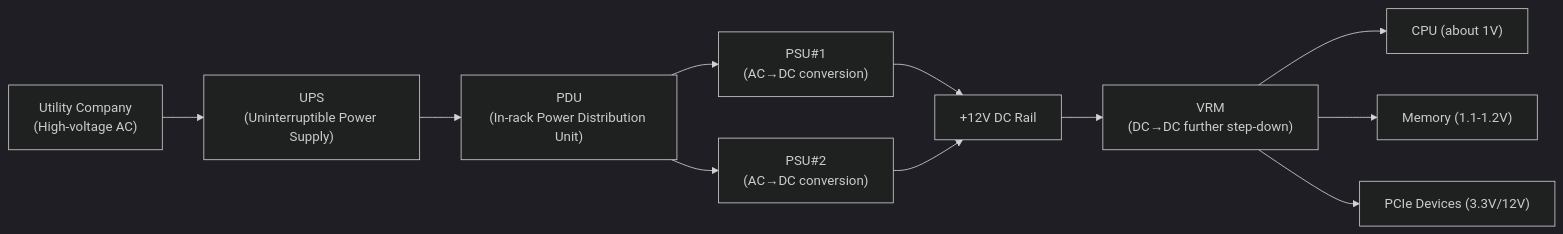
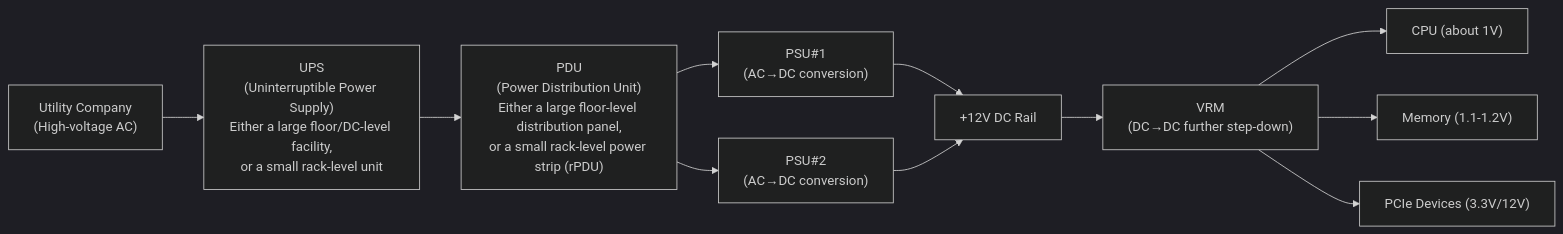
The first of 3 diagrams in src/content/articles-en/idrac-power-guide.md (koikoi1998/koikoi-blog-20260723), drawn with Mermaid (dark theme) before and after one commit. The commit also changed other lines of this file and 1 other file, not shown here.

````diff
--- a/src/content/articles-en/idrac-power-guide.md
+++ b/src/content/articles-en/idrac-power-guide.md
@@ -37,13 +37,13 @@
 ```mermaid
 graph LR
-    Utility["Utility Company<br/>(High-voltage AC)"] --> UPS["UPS<br/>(Uninterruptible Power Supply)"]
-    UPS --> PDU["PDU<br/>(In-rack Power Distribution Unit)"]
+    Utility["Utility Company<br/>(High-voltage AC)"] --> UPS["UPS<br/>(Uninterruptible Power Supply)<br/>Either a large floor/DC-level facility,<br/>or a small rack-level unit"]
+    UPS --> PDU["PDU<br/>(Power Distribution Unit)<br/>Either a large floor-level distribution panel,<br/>or a small rack-level power strip (rPDU)"]
     PDU --> PSU1["PSU#1<br/>(AC→DC conversion)"]
     PDU --> PSU2["PSU#2<br/>(AC→DC conversion)"]
     PSU1 --> Rail["+12V DC Rail"]
     PSU2 --> Rail
     Rail --> VRM["VRM<br/>(DC→DC further step-down)"]
     VRM --> CPU["CPU (about 1V)"]
     VRM --> DIMM["Memory (1.1-1.2V)"]
     VRM --> PCIe["PCIe Devices (3.3V/12V)"]
 ```
````
